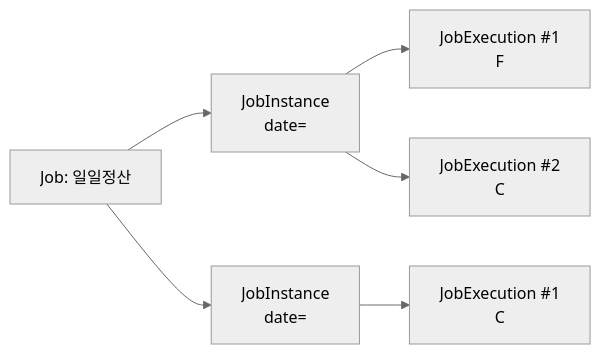
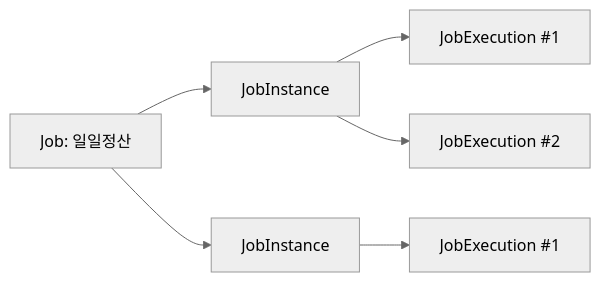
One commit to yjkim2015/yjkim2015.github.io changed the second of 5 diagrams in _posts/batch/2026-05-03-spring-batch-fundamentals.md. Above: the diagram before and after it, drawn with Mermaid (neutral theme). The commit also changed other lines of this file and 217 other files, not shown here.

First line of the commit message:
Mermaid 크기 수정: useMaxWidth:true + SVG max-width:100% + 라벨 축소

````diff
--- a/_posts/batch/2026-05-03-spring-batch-fundamentals.md
+++ b/_posts/batch/2026-05-03-spring-batch-fundamentals.md
@@ -60,8 +60,8 @@
 ```mermaid
 flowchart LR
-    A["Job: 일일정산"] --> B["JobInstance\ndate="]
-    A --> C["JobInstance\ndate="]
-    B --> D["JobExecution #1\nF"]
-    B --> E["JobExecution #2\nC"]
-    C --> F["JobExecution #1\nC"]
+    A["Job: 일일정산"] --> B["JobInstance"]
+    A --> C["JobInstance"]
+    B --> D["JobExecution #1"]
+    B --> E["JobExecution #2"]
+    C --> F["JobExecution #1"]
 ```
````
